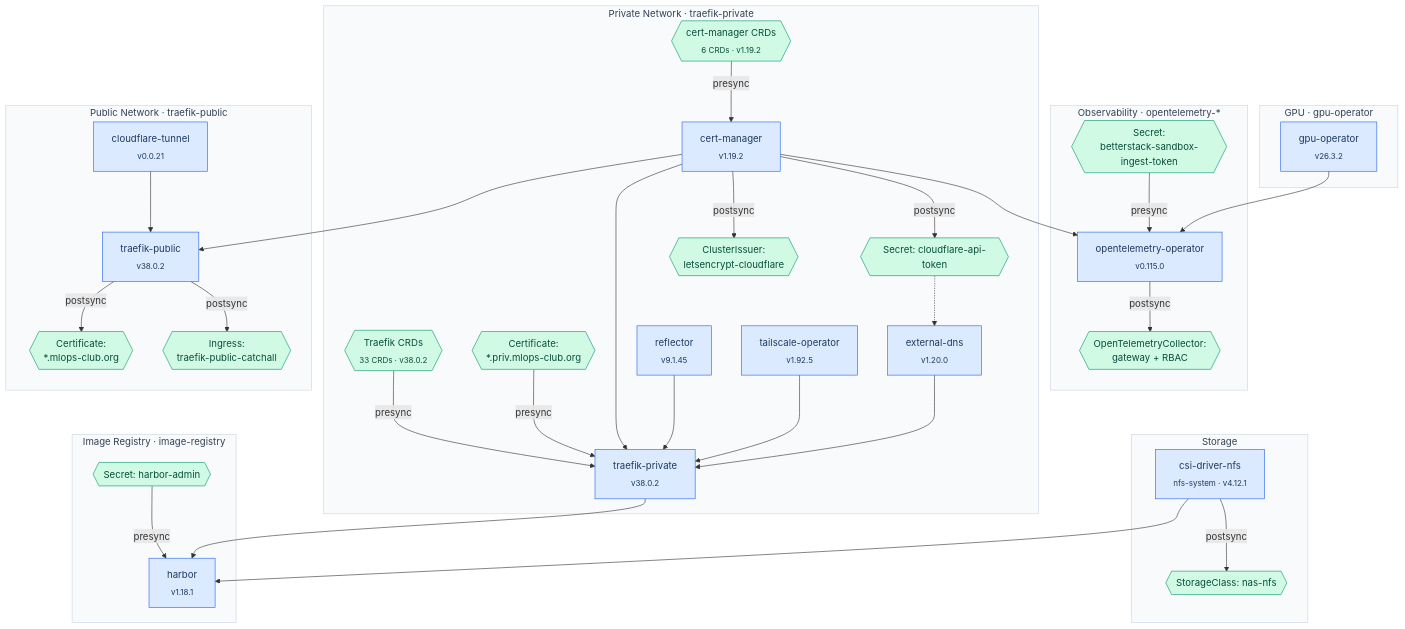
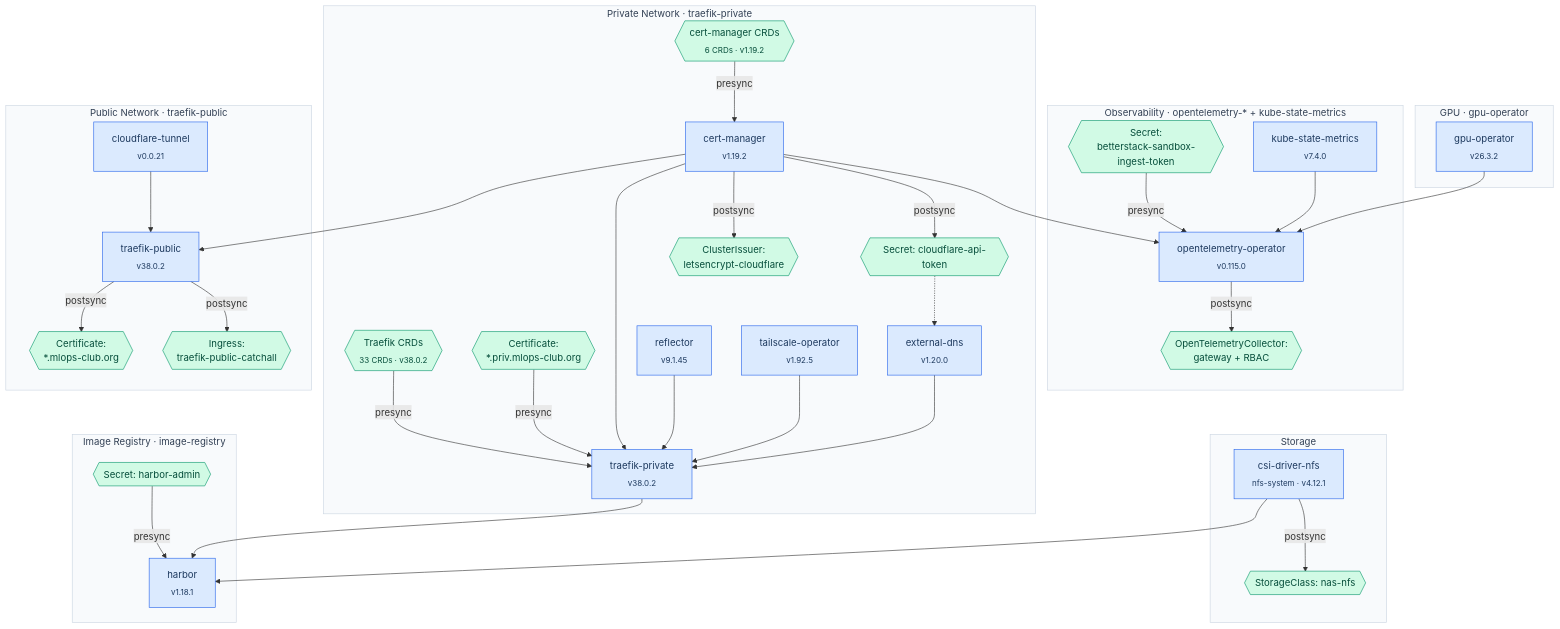
One commit to mlops-club/homelab-cluster changed the diagram in README.md. Above: the diagram before and after it, drawn with Mermaid. The commit also changed 2 other files, not shown here.

First paragraph of the commit message:
feat: scrape kubelet, cAdvisor, kube-state-metrics for cluster-health coverage
Extends the Collector pipeline from GPU-only to full cluster-fleet coverage so
the new "Eric — Cluster Health (baseline)" dashboard has data behind every
section (nodes, pods, GPU, pipeline self-health).

```diff
--- a/README.md
+++ b/README.md
@@ -27,13 +27,15 @@
     end
 
     %% ── OBSERVABILITY ────────────────────────────────────────────
-    subgraph obs [Observability · opentelemetry-*]
+    subgraph obs [Observability · opentelemetry-* + kube-state-metrics]
+        KSM[kube-state-metrics<br/><sub>v7.4.0</sub>]:::release
         BS_SEC{{Secret:<br/>betterstack-sandbox-ingest-token}}:::hook
         OTEL_OP[opentelemetry-operator<br/><sub>v0.115.0</sub>]:::release
         OTEL_COL{{OpenTelemetryCollector:<br/>gateway + RBAC}}:::hook
 
         BS_SEC -- presync --> OTEL_OP
         OTEL_OP -- postsync --> OTEL_COL
+        KSM --> OTEL_OP
     end
 
     %% ── PRIVATE NETWORK ──────────────────────────────────────────
```
